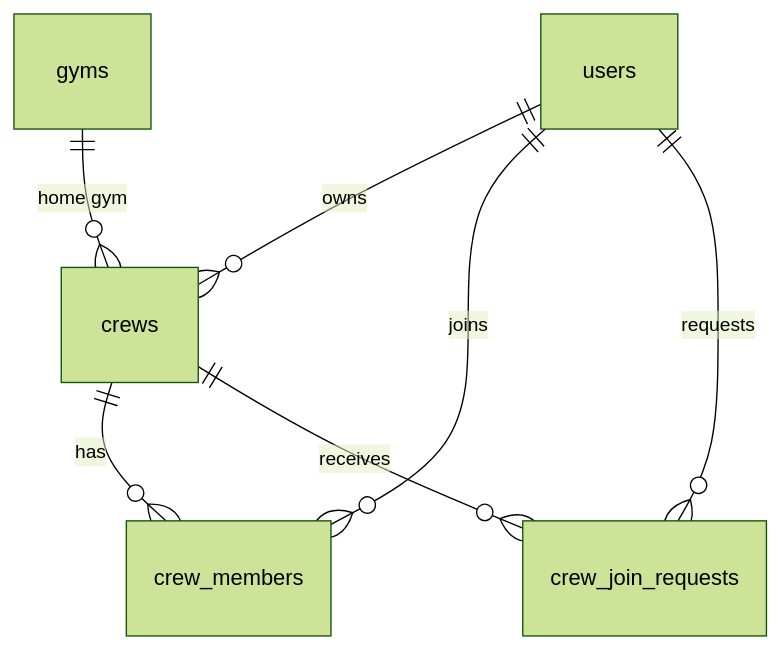
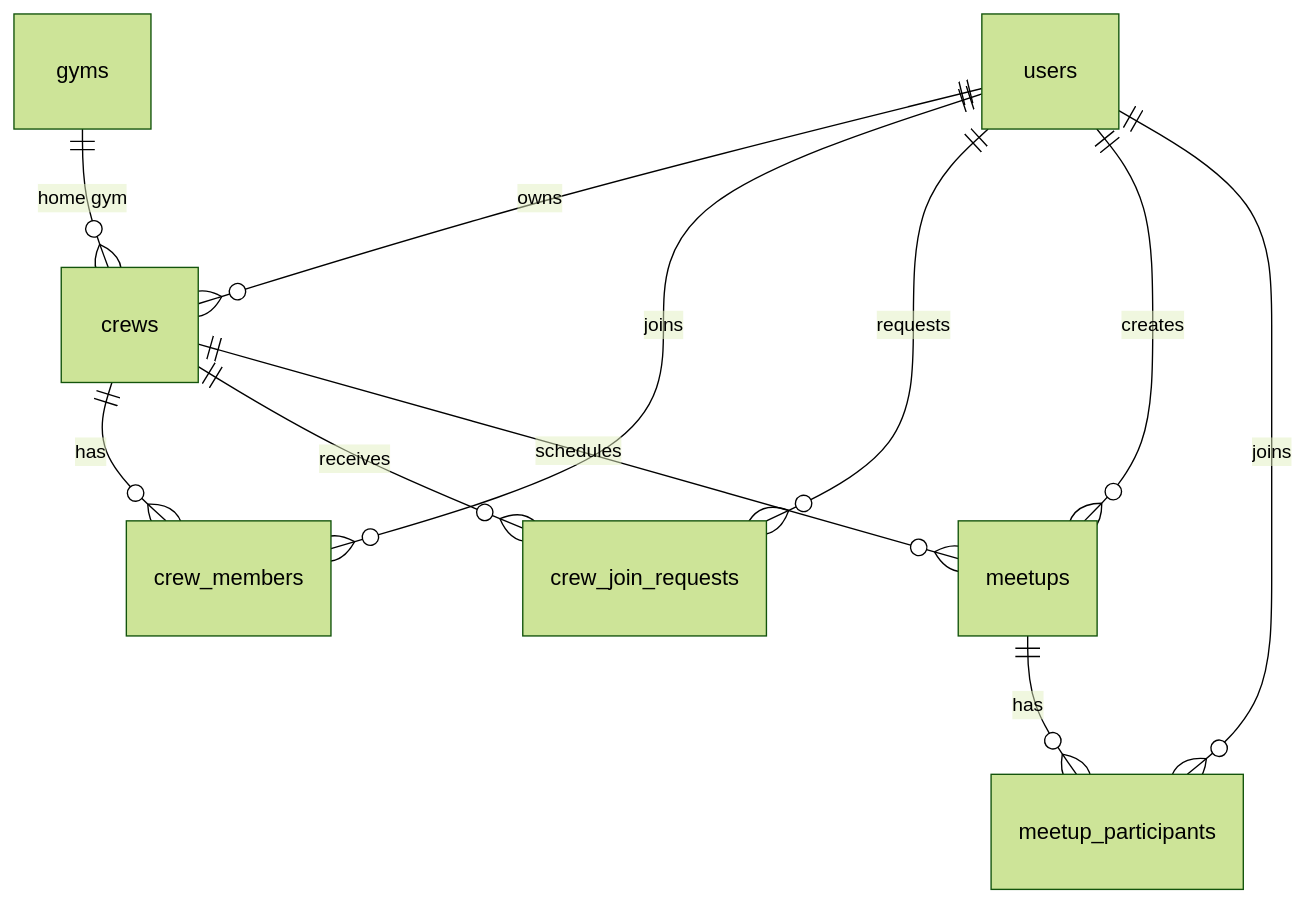
The first of 3 diagrams in docs/설계/sequence/crew.md (theo-ooooo/crimp), drawn with Mermaid (forest theme) before and after one commit. The commit also changed other lines of this file and 31 other files, not shown here.

Commit message:
feat: 크루 수정과 모임 참여 플로우 추가

````diff
--- a/docs/설계/sequence/crew.md
+++ b/docs/설계/sequence/crew.md
@@ -15,9 +15,13 @@
 ```mermaid
 erDiagram
     users ||--o{ crews : owns
     gyms ||--o{ crews : "home gym"
     crews ||--o{ crew_members : has
     users ||--o{ crew_members : joins
     crews ||--o{ crew_join_requests : receives
     users ||--o{ crew_join_requests : requests
+    crews ||--o{ meetups : schedules
+    users ||--o{ meetups : creates
+    meetups ||--o{ meetup_participants : has
+    users ||--o{ meetup_participants : joins
 ```
````
